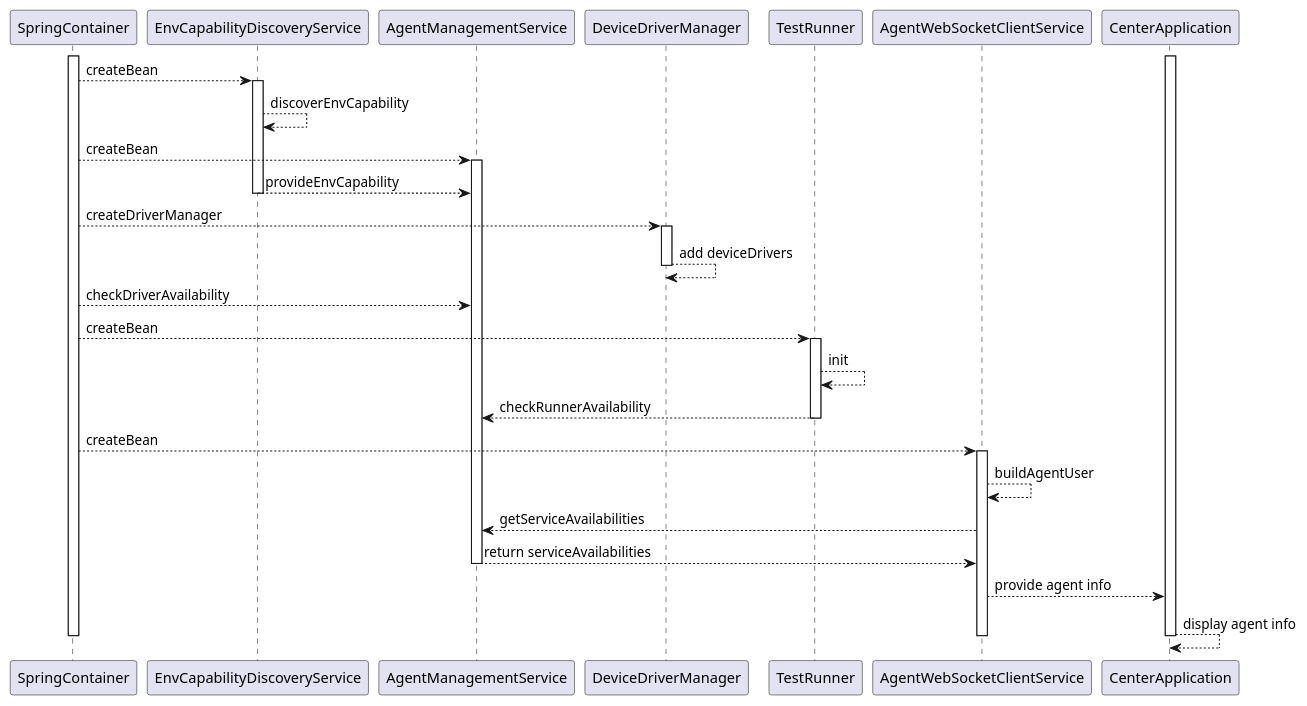
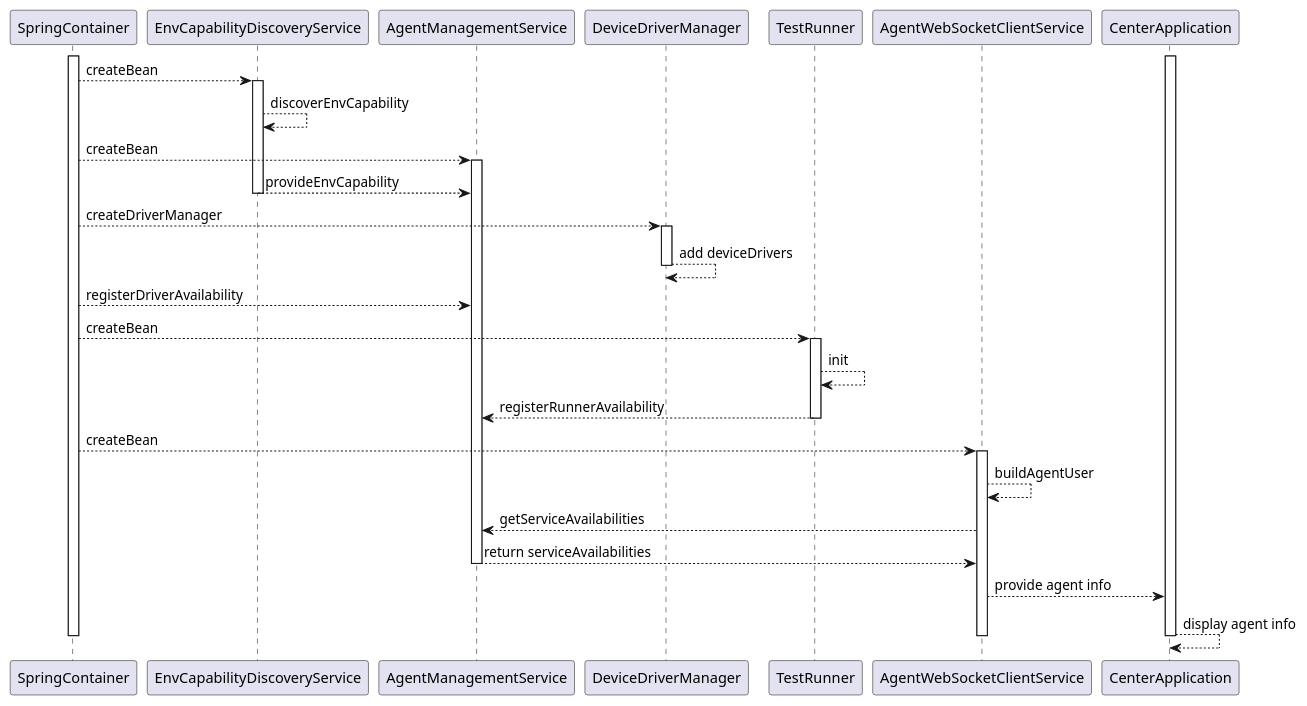
One commit to microsoft/HydraLab changed the fourth of 4 diagrams in agent/doc/UML/agent_device_management_design.puml. Above: the diagram before and after it, drawn with PlantUML. The commit also changed 1 other file, not shown here.

```diff
--- a/agent/doc/UML/agent_device_management_design.puml
+++ b/agent/doc/UML/agent_device_management_design.puml
@@ -203,41 +203,41 @@
 @startuml agent_capability_design_sequence
 participant SpringContainer
 participant EnvCapabilityDiscoveryService
 participant AgentManagementService
 participant DeviceDriverManager
 participant TestRunner
 participant AgentWebSocketClientService
 participant CenterApplication
 
 activate SpringContainer
 activate CenterApplication
 SpringContainer --> EnvCapabilityDiscoveryService : createBean
 activate EnvCapabilityDiscoveryService
 EnvCapabilityDiscoveryService --> EnvCapabilityDiscoveryService : discoverEnvCapability
 SpringContainer --> AgentManagementService : createBean
 activate AgentManagementService
 EnvCapabilityDiscoveryService --> AgentManagementService : provideEnvCapability
 deactivate EnvCapabilityDiscoveryService
 SpringContainer --> DeviceDriverManager : createDriverManager
 activate DeviceDriverManager
 DeviceDriverManager --> DeviceDriverManager : add deviceDrivers
 deactivate DeviceDriverManager
-SpringContainer --> AgentManagementService : checkDriverAvailability
+SpringContainer --> AgentManagementService : registerDriverAvailability
 
 SpringContainer --> TestRunner : createBean
 activate TestRunner
 TestRunner --> TestRunner : init
-TestRunner --> AgentManagementService : checkRunnerAvailability
+TestRunner --> AgentManagementService : registerRunnerAvailability
 deactivate TestRunner
 SpringContainer --> AgentWebSocketClientService : createBean
 activate AgentWebSocketClientService
 AgentWebSocketClientService --> AgentWebSocketClientService : buildAgentUser
 AgentWebSocketClientService --> AgentManagementService : getServiceAvailabilities
 AgentManagementService --> AgentWebSocketClientService : return serviceAvailabilities
 deactivate AgentManagementService
 AgentWebSocketClientService --> CenterApplication : provide agent info
 CenterApplication --> CenterApplication : display agent info
 deactivate CenterApplication
 deactivate AgentWebSocketClientService
 deactivate SpringContainer
 @enduml
```
